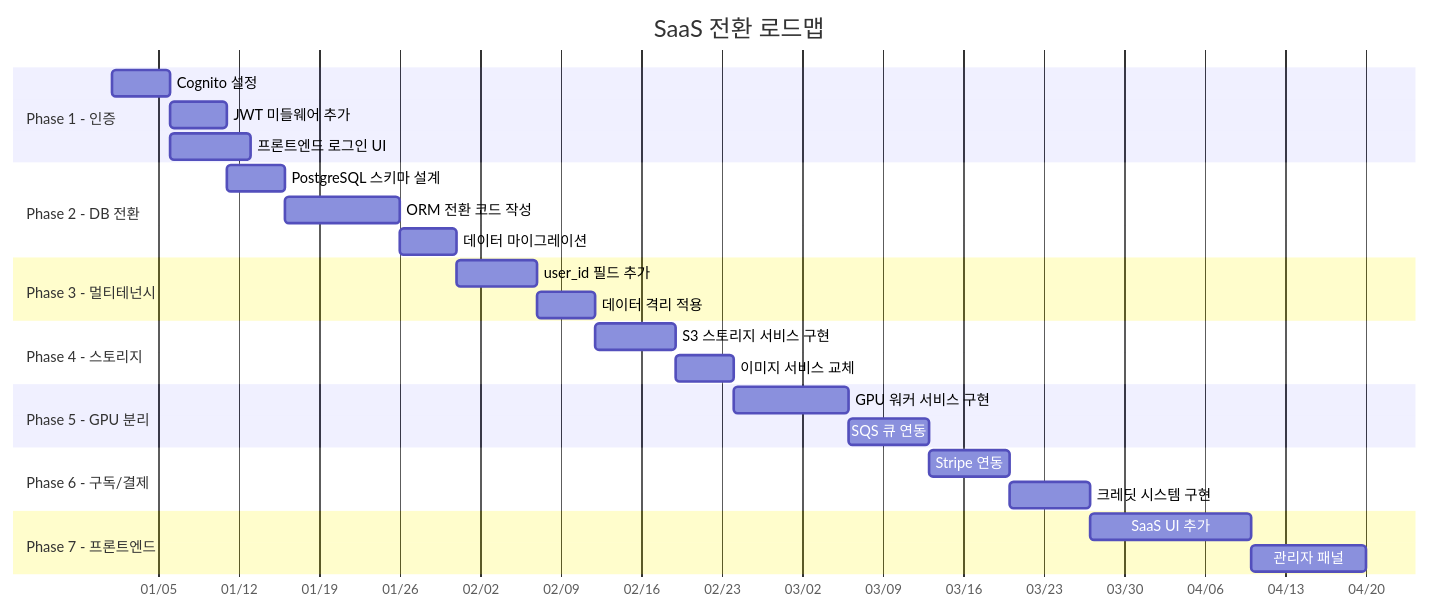
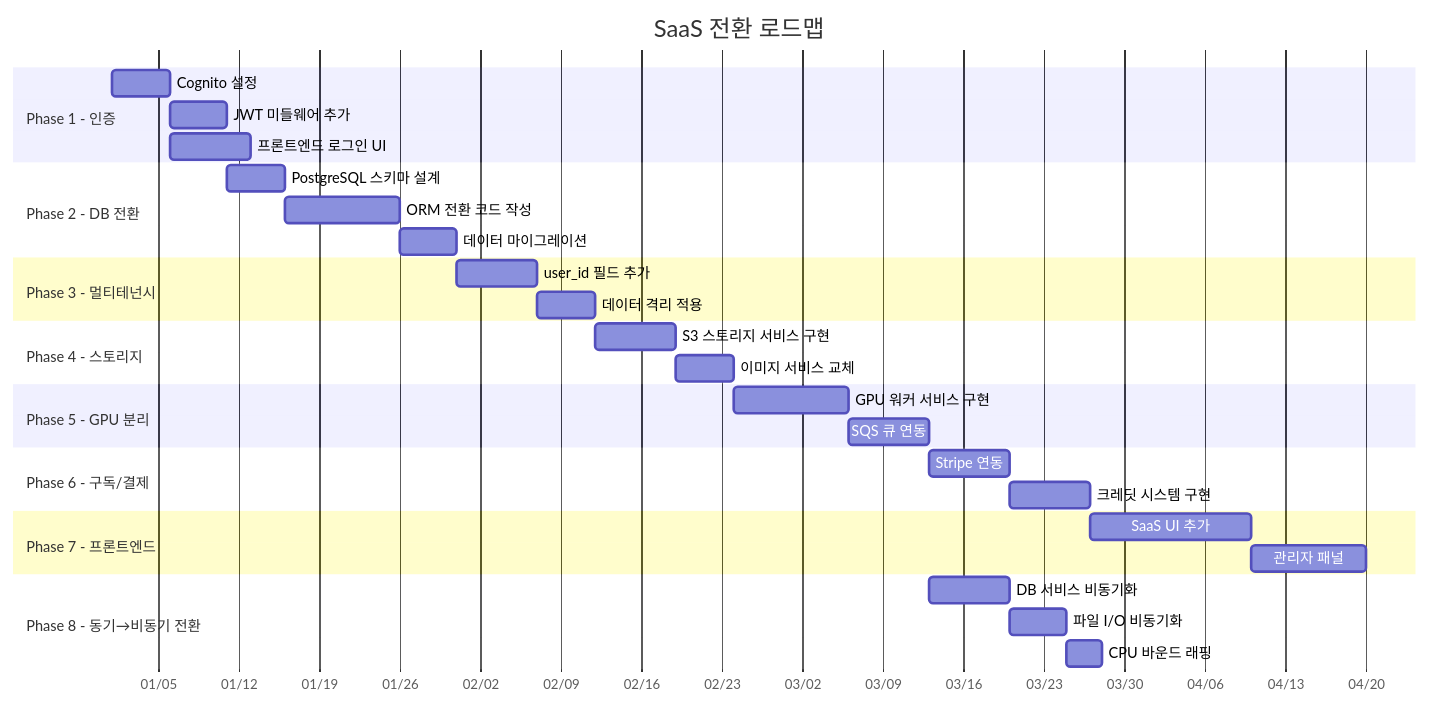
The first of 5 diagrams in docs/saas-analysis/04_SAAS_TRANSFORMATION_GUIDE.md (Pinksea-AI/InvokeAI), drawn with Mermaid before and after one commit. The commit also changed other lines of this file and 5 other files, not shown here.

````diff
--- a/docs/saas-analysis/04_SAAS_TRANSFORMATION_GUIDE.md
+++ b/docs/saas-analysis/04_SAAS_TRANSFORMATION_GUIDE.md
@@ -47,36 +48,41 @@
 ```mermaid
 gantt
     title SaaS 전환 로드맵
     dateFormat YYYY-MM-DD
     axisFormat %m/%d
 
     section Phase 1 - 인증
     Cognito 설정              :p1a, 2025-01-01, 5d
     JWT 미들웨어 추가          :p1b, after p1a, 5d
     프론트엔드 로그인 UI       :p1c, after p1a, 7d
 
     section Phase 2 - DB 전환
     PostgreSQL 스키마 설계     :p2a, after p1b, 5d
     ORM 전환 코드 작성        :p2b, after p2a, 10d
     데이터 마이그레이션        :p2c, after p2b, 5d
 
     section Phase 3 - 멀티테넌시
     user_id 필드 추가          :p3a, after p2c, 7d
     데이터 격리 적용           :p3b, after p3a, 5d
 
     section Phase 4 - 스토리지
     S3 스토리지 서비스 구현    :p4a, after p3b, 7d
     이미지 서비스 교체          :p4b, after p4a, 5d
 
     section Phase 5 - GPU 분리
     GPU 워커 서비스 구현       :p5a, after p4b, 10d
     SQS 큐 연동               :p5b, after p5a, 7d
 
     section Phase 6 - 구독/결제
     Stripe 연동                :p6a, after p5b, 7d
     크레딧 시스템 구현          :p6b, after p6a, 7d
 
     section Phase 7 - 프론트엔드
     SaaS UI 추가               :p7a, after p6b, 14d
     관리자 패널                 :p7b, after p7a, 10d
+
+    section Phase 8 - 동기→비동기 전환
+    DB 서비스 비동기화          :p8a, after p5b, 7d
+    파일 I/O 비동기화           :p8b, after p8a, 5d
+    CPU 바운드 래핑             :p8c, after p8b, 3d
 ```
````
